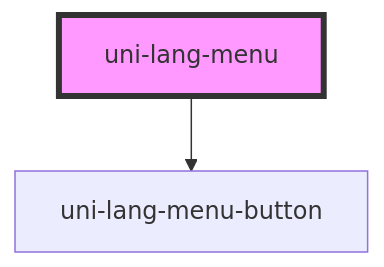
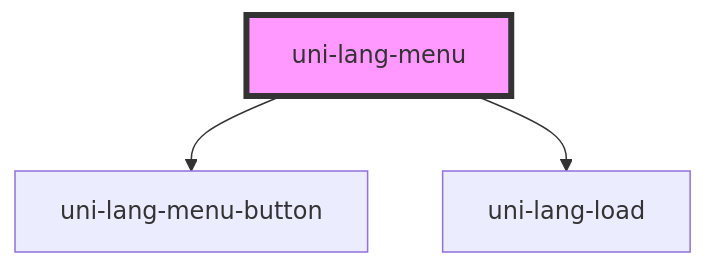
The diagram in src/lang-menu/@element/readme.md (uiregex/uni-localize), drawn with Mermaid before and after one commit. The commit also changed other lines of this file and 9 other files, not shown here.

````diff
--- a/src/lang-menu/@element/readme.md
+++ b/src/lang-menu/@element/readme.md
@@ -38,5 +39,6 @@
 ```mermaid
 graph TD;
   uni-lang-menu --> uni-lang-menu-button
+  uni-lang-menu --> uni-lang-load
   style uni-lang-menu fill:#f9f,stroke:#333,stroke-width:4px
 ```
````
